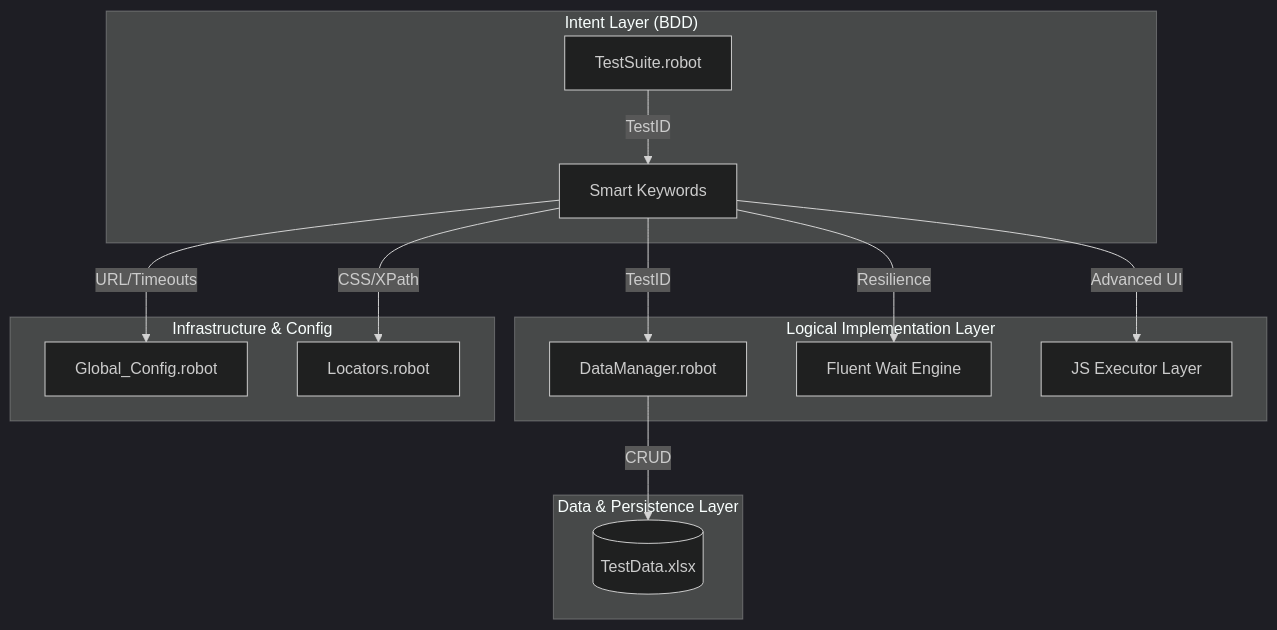
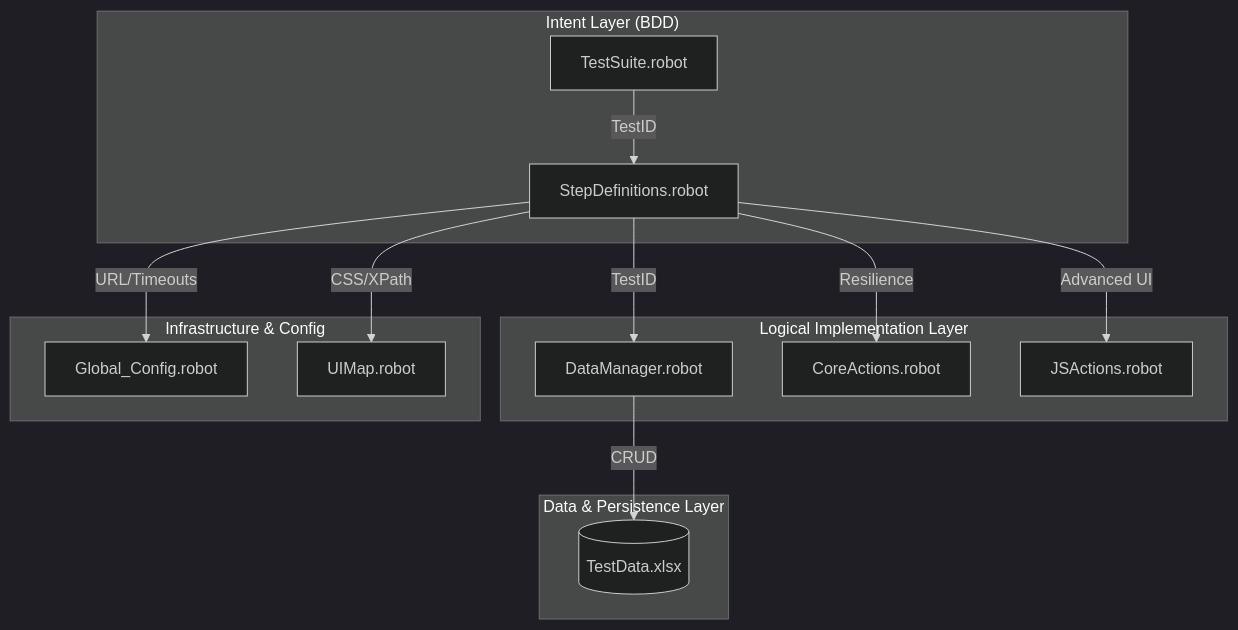
Before and after one commit to bhoopeshd/DDT_Framework: the diagram in README.md, drawn with Mermaid (dark theme). The commit also changed other lines of this file and 13 other files, not shown here.

````diff
--- a/README.md
+++ b/README.md
@@ -20,21 +20,21 @@
 ```mermaid
 graph TD
     subgraph "Intent Layer (BDD)"
-        A[TestSuite.robot] -->|TestID| B[Smart Keywords]
+        A[TestSuite.robot] -->|TestID| B[StepDefinitions.robot]
     end
     
     subgraph "Logical Implementation Layer"
         B -->|TestID| C[DataManager.robot]
-        B -->|Resilience| G[Fluent Wait Engine]
-        B -->|Advanced UI| H[JS Executor Layer]
+        B -->|Resilience| G[CoreActions.robot]
+        B -->|Advanced UI| H[JSActions.robot]
     end
     
     subgraph "Infrastructure & Config"
         B -->|URL/Timeouts| E[Global_Config.robot]
-        B -->|CSS/XPath| F[Locators.robot]
+        B -->|CSS/XPath| F[UIMap.robot]
     end
     
     subgraph "Data & Persistence Layer"
         C -->|CRUD| D[(TestData.xlsx)]
     end
 ```
````
